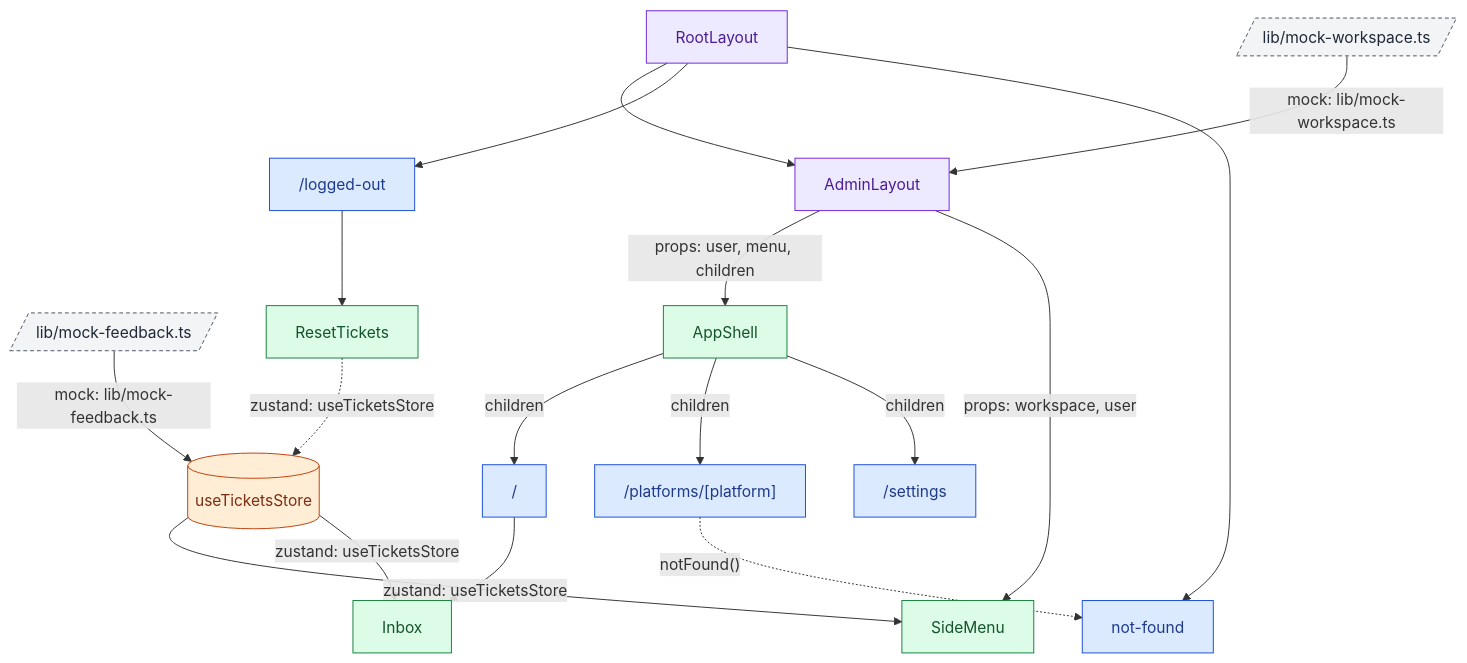
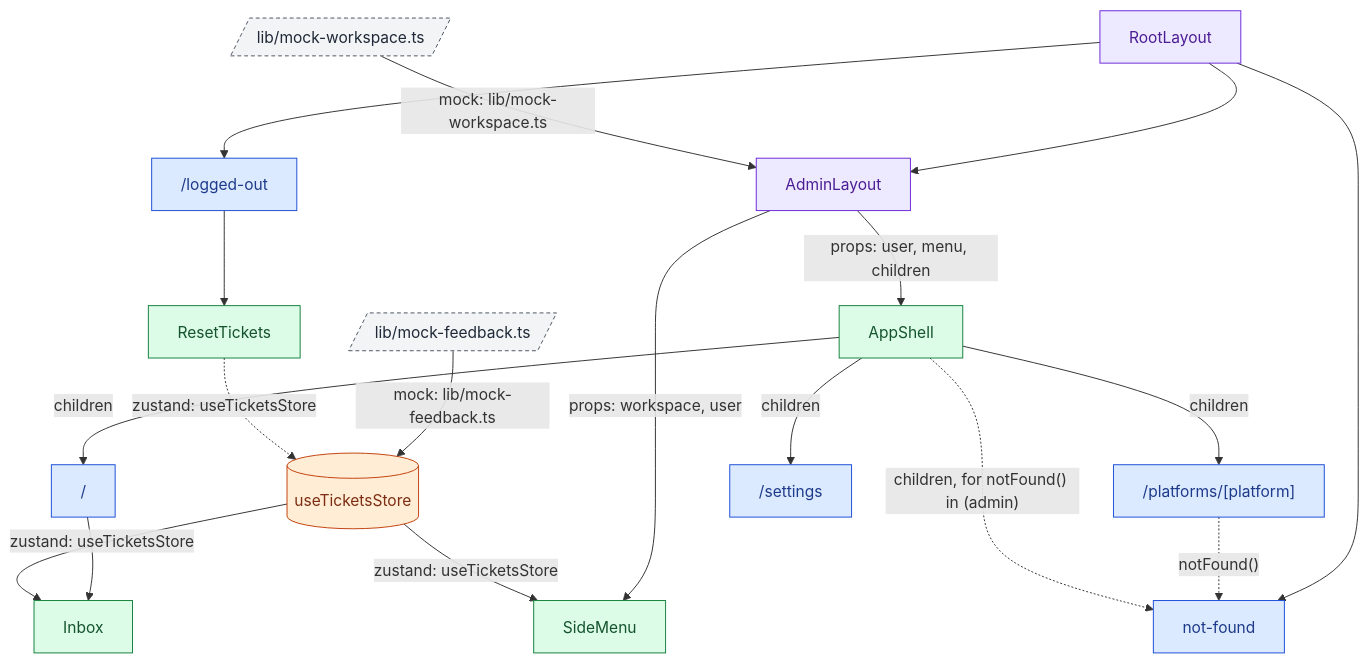
One commit to AlberteViendahl/feedback changed the fourth of 13 diagrams in apps/admin/docs/architecture.md. Above: the diagram before and after it, drawn with Mermaid. The commit also changed other lines of this file and 4 other files, not shown here.

First line of the commit message:
Fix not-found page inside the admin frame

````diff
--- a/apps/admin/docs/architecture.md
+++ b/apps/admin/docs/architecture.md
@@ -104,44 +106,45 @@
 ```mermaid
 flowchart TD
   MockWorkspace[/"lib/mock-workspace.ts"/]:::mock
   MockFeedback[/"lib/mock-feedback.ts"/]:::mock
   Store[("useTicketsStore")]:::store
 
   Root["RootLayout"]:::layout
   Admin["AdminLayout"]:::layout
   AppShell["AppShell"]:::component
   SideMenu["SideMenu"]:::component
 
   Home["/"]:::page
   Inbox["Inbox"]:::component
   Platform["/platforms/[platform]"]:::page
   Settings["/settings"]:::page
 
   LoggedOut["/logged-out"]:::page
   ResetTickets["ResetTickets"]:::component
   NotFound["not-found"]:::page
 
   Root --> Admin
   Root --> LoggedOut
   Root --> NotFound
   MockWorkspace -- "mock: lib/mock-workspace.ts" --> Admin
   Admin -- "props: user, menu, children" --> AppShell
   Admin -- "props: workspace, user" --> SideMenu
   AppShell -- "children" --> Home
   AppShell -- "children" --> Platform
   AppShell -- "children" --> Settings
   Platform -. "notFound()" .-> NotFound
+  AppShell -. "children, for notFound() in (admin)" .-> NotFound
   Home --> Inbox
   LoggedOut --> ResetTickets
 
   MockFeedback -- "mock: lib/mock-feedback.ts" --> Store
   Store -- "zustand: useTicketsStore" --> SideMenu
   Store -- "zustand: useTicketsStore" --> Inbox
   ResetTickets -. "zustand: useTicketsStore" .-> Store
 
   classDef page fill:#DBEAFE,stroke:#1D4ED8,color:#1E3A8A
   classDef layout fill:#EDE9FE,stroke:#6D28D9,color:#4C1D95
   classDef component fill:#DCFCE7,stroke:#15803D,color:#14532D
   classDef store fill:#FFEDD5,stroke:#C2410C,color:#7C2D12
   classDef mock fill:#F3F4F6,stroke:#4B5563,color:#1F2937,stroke-dasharray:4 3
 ```
````
